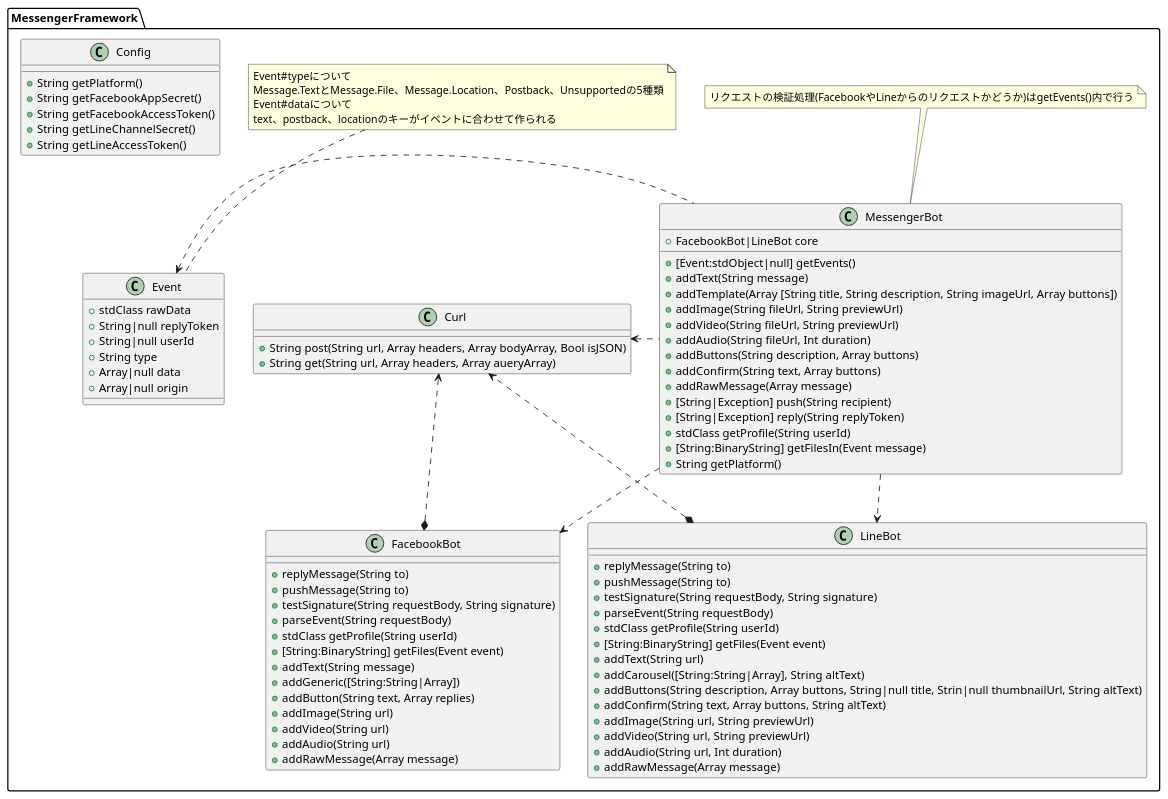
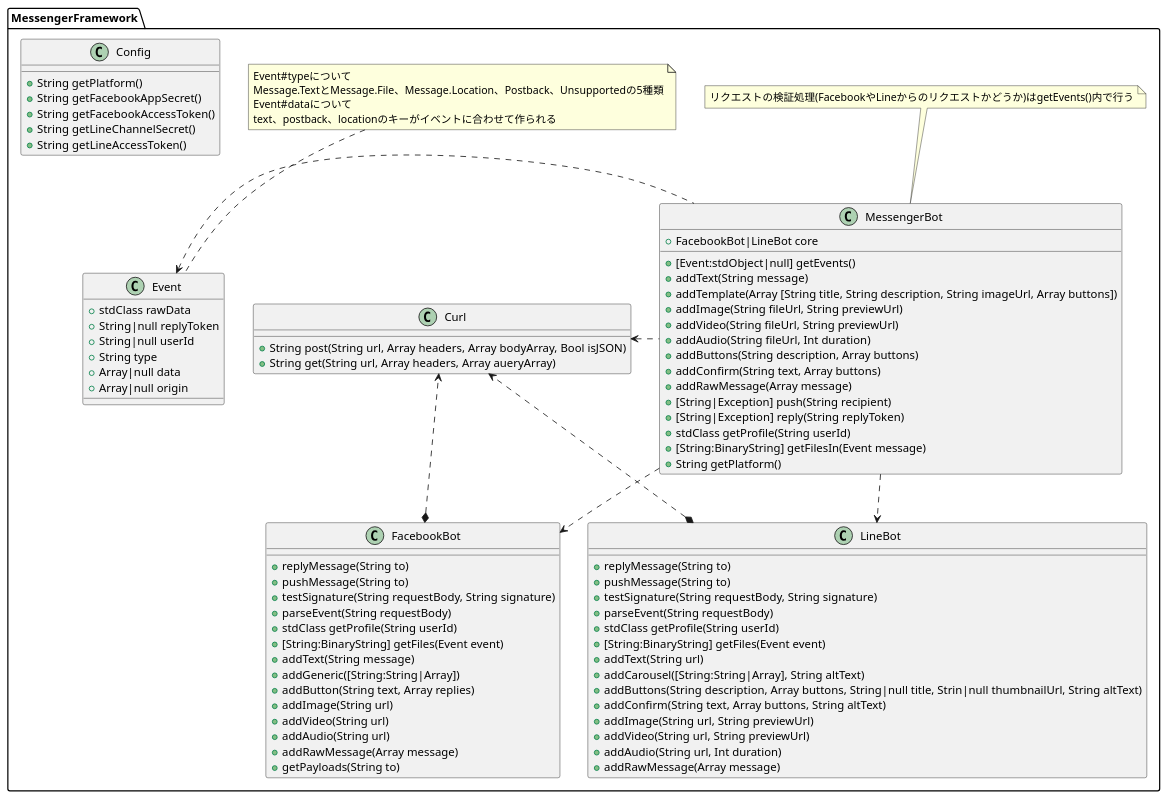
One commit to genies-inc/messenger-framework changed the diagram in docs/class-spec.puml. Above: the diagram before and after it, drawn with PlantUML. The commit also changed 2 other files, not shown here.

```diff
--- a/docs/class-spec.puml
+++ b/docs/class-spec.puml
@@ -1,102 +1,103 @@
 @startuml
 
 namespace MessengerFramework {
 
   class Event {
     + stdClass rawData
     + String|null replyToken
     + String|null userId
     + String type
     + Array|null data
     + Array|null origin
   }
 
   note top of Event
     Event#typeについて
     Message.TextとMessage.File、Message.Location、Postback、Unsupportedの5種類
     Event#dataについて
     text、postback、locationのキーがイベントに合わせて作られる
   end note
 
   class MessengerBot {
     + FacebookBot|LineBot core
     + [Event:stdObject|null] getEvents()
     + addText(String message)
     + addTemplate(Array [String title, String description, String imageUrl, Array buttons])
     + addImage(String fileUrl, String previewUrl)
     + addVideo(String fileUrl, String previewUrl)
     + addAudio(String fileUrl, Int duration)
     + addButtons(String description, Array buttons)
     + addConfirm(String text, Array buttons)
     + addRawMessage(Array message)
     + [String|Exception] push(String recipient)
     + [String|Exception] reply(String replyToken)
     + stdClass getProfile(String userId)
     + [String:BinaryString] getFilesIn(Event message)
     + String getPlatform()
   }
 
   note top of MessengerBot
     リクエストの検証処理(FacebookやLineからのリクエストかどうか)はgetEvents()内で行う
   end note
 
   class FacebookBot {
     + replyMessage(String to)
     + pushMessage(String to)
     + testSignature(String requestBody, String signature)
     + parseEvent(String requestBody)
     + stdClass getProfile(String userId)
     + [String:BinaryString] getFiles(Event event)
     + addText(String message)
     + addGeneric([String:String|Array])
     + addButton(String text, Array replies)
     + addImage(String url)
     + addVideo(String url)
     + addAudio(String url)
     + addRawMessage(Array message)
+    + getPayloads(String to)
   }
 
   class LineBot {
     + replyMessage(String to)
     + pushMessage(String to)
     + testSignature(String requestBody, String signature)
     + parseEvent(String requestBody)
     + stdClass getProfile(String userId)
     + [String:BinaryString] getFiles(Event event)
     + addText(String url)
     + addCarousel([String:String|Array], String altText)
     + addButtons(String description, Array buttons, String|null title, Strin|null thumbnailUrl, String altText)
     + addConfirm(String text, Array buttons, String altText)
     + addImage(String url, String previewUrl)
     + addVideo(String url, String previewUrl)
     + addAudio(String url, Int duration)
     + addRawMessage(Array message)
   }
 
   class Curl {
     + String post(String url, Array headers, Array bodyArray, Bool isJSON)
     + String get(String url, Array headers, Array aueryArray)
   }
 
   class Config {
     + String getPlatform()
     + String getFacebookAppSecret()
     + String getFacebookAccessToken()
     + String getLineChannelSecret()
     + String getLineAccessToken()
   }
 
 }
 
 ' MessengerFramework内の関連
 
 MessengerFramework.MessengerBot .d.> MessengerFramework.FacebookBot
 MessengerFramework.MessengerBot .d.> MessengerFramework.LineBot
 MessengerFramework.MessengerBot .l.> MessengerFramework.Curl
 MessengerFramework.MessengerBot .l.> MessengerFramework.Event
 
 MessengerFramework.FacebookBot *..> MessengerFramework.Curl
 
 MessengerFramework.LineBot *..> MessengerFramework.Curl
 
 @enduml
```
